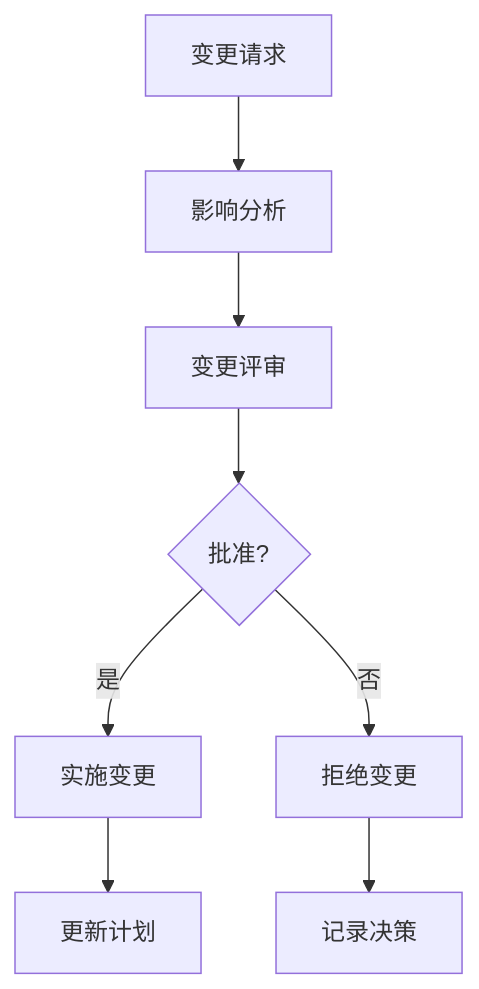
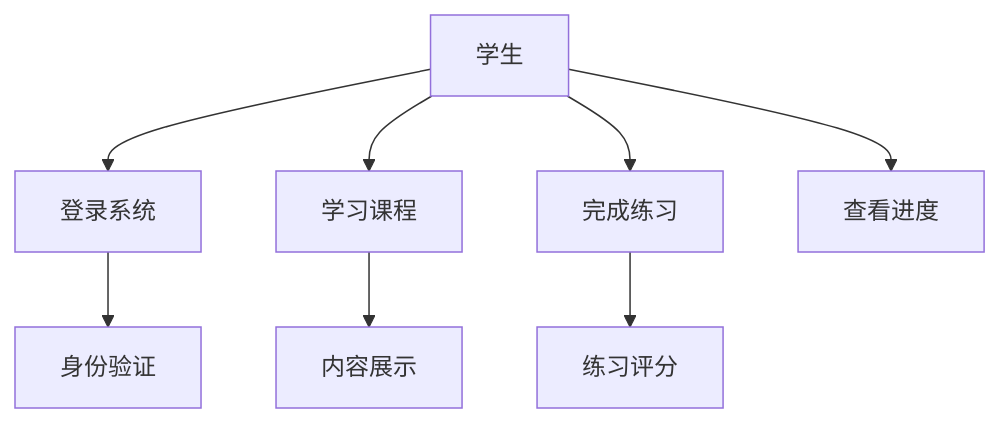
One commit to Licus7/FlowerC changed the eighth of 10 diagrams in Python学习网站第一版/FlowerC文档/Study guidev1.0(FlowerC)/study guidev1.0.md. Above: the diagram before and after it, drawn with Mermaid. The commit also changed other lines of this file and 1 other file, not shown here.

````diff
--- a/Python学习网站第一版/FlowerC文档/Study guidev1.0(FlowerC)/study guidev1.0.md
+++ b/Python学习网站第一版/FlowerC文档/Study guidev1.0(FlowerC)/study guidev1.0.md
@@ -577,10 +502,10 @@
 ```mermaid
 graph TD
-    A[变更请求] --> B[影响分析]
-    B --> C[变更评审]
-    C --> D{批准?}
-    D -->|是| E[实施变更]
-    D -->|否| F[拒绝变更]
-    E --> G[更新计划]
-    F --> H[记录决策]
+    A[学生] --> B[登录系统]
+    A --> C[学习课程]
+    A --> D[完成练习]
+    A --> E[查看进度]
+    B --> F[身份验证]
+    C --> G[内容展示]
+    D --> H[练习评分]
 ```
````
